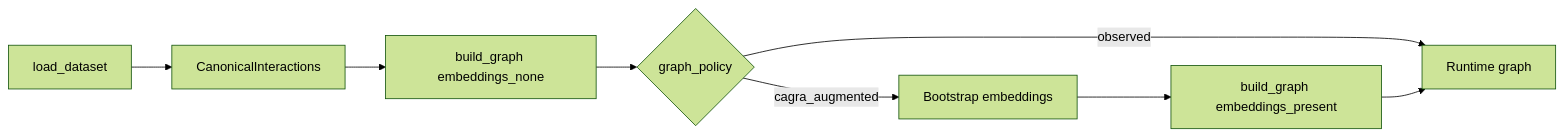
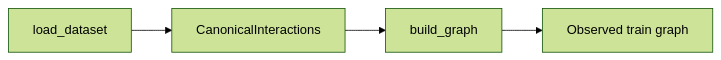
Before and after one commit to LazarosPan/Efficient-Disentangled-Graph-Recommender: the diagram in .agents/skills/edgrec-implementation/edgrec-data-pipeline.md, drawn with Mermaid (forest theme). The commit also changed other lines of this file and 7 other files, not shown here.

Commit message:
refactor: remove CAGRA references and update documentation for observed graph policies and configurations

````diff
--- a/.agents/skills/edgrec-implementation/edgrec-data-pipeline.md
+++ b/.agents/skills/edgrec-implementation/edgrec-data-pipeline.md
@@ -19,10 +19,6 @@
 ```mermaid
 flowchart LR
     A[load_dataset] --> B[CanonicalInteractions]
-    B --> C[build_graph embeddings_none]
-    C --> D{graph_policy}
-    D -->|observed| E[Runtime graph]
-    D -->|cagra_augmented| F[Bootstrap embeddings]
-    F --> G[build_graph embeddings_present]
-    G --> E
+    B --> C[build_graph]
+    C --> D[Observed train graph]
 ```
````
